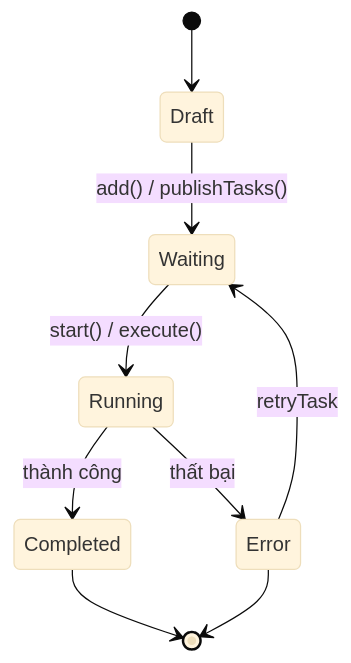
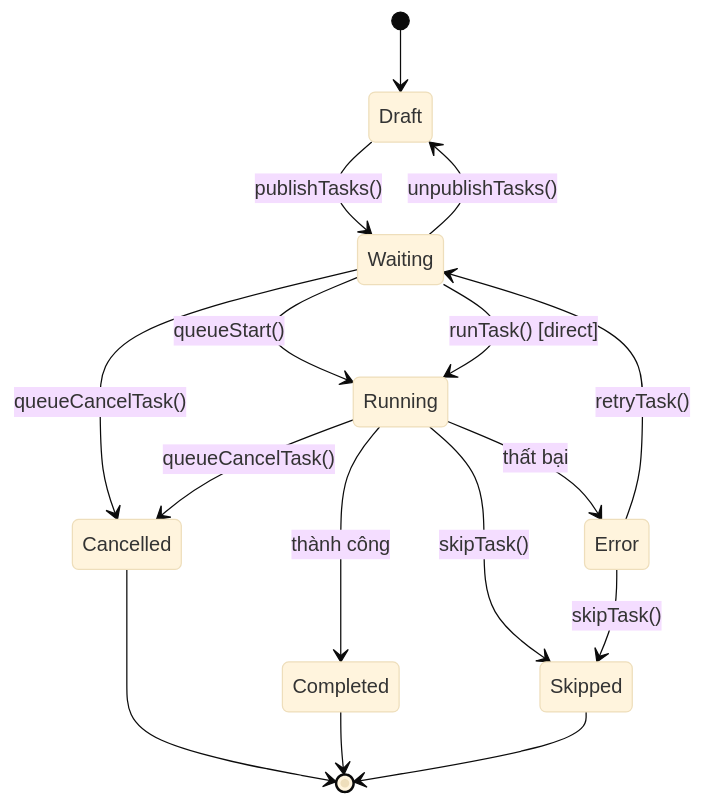
Before and after one commit to 2noScript/kernel-script: diagram 12 of 12 in README.vi.md, drawn with Mermaid (base theme). The commit also changed other lines of this file and 9 other files, not shown here.

Commit message:
refactor: remove service callbacks from bootstrap and add native task cancellation support to QueueService

````diff
--- a/README.vi.md
+++ b/README.vi.md
@@ -160,11 +325,18 @@
 ```mermaid
 stateDiagram-v2
     [*] --> Draft
-    Draft --> Waiting: add() / publishTasks()
-    Waiting --> Running: start() / execute()
+    Draft --> Waiting: publishTasks()
+    Waiting --> Running: queueStart()
+    Waiting --> Draft: unpublishTasks()
+    Waiting --> Running: runTask() [direct]
     Running --> Completed: thành công
     Running --> Error: thất bại
-    Error --> Waiting: retryTask
+    Running --> Skipped: skipTask()
+    Error --> Waiting: retryTask()
+    Error --> Skipped: skipTask()
+    Waiting --> Cancelled: queueCancelTask()
+    Running --> Cancelled: queueCancelTask()
+    Cancelled --> [*]
     Completed --> [*]
-    Error --> [*]
+    Skipped --> [*]
 ```
````
